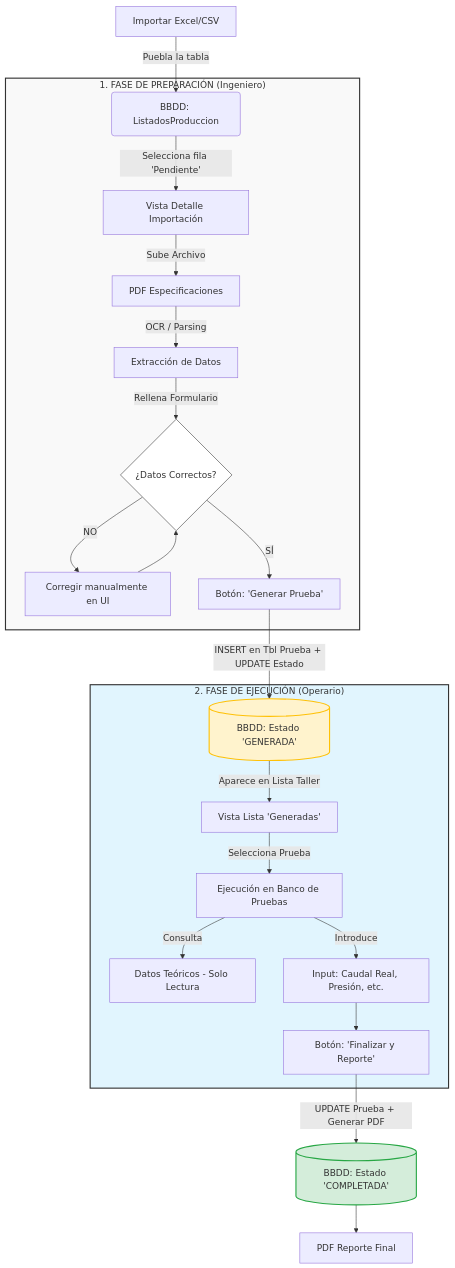
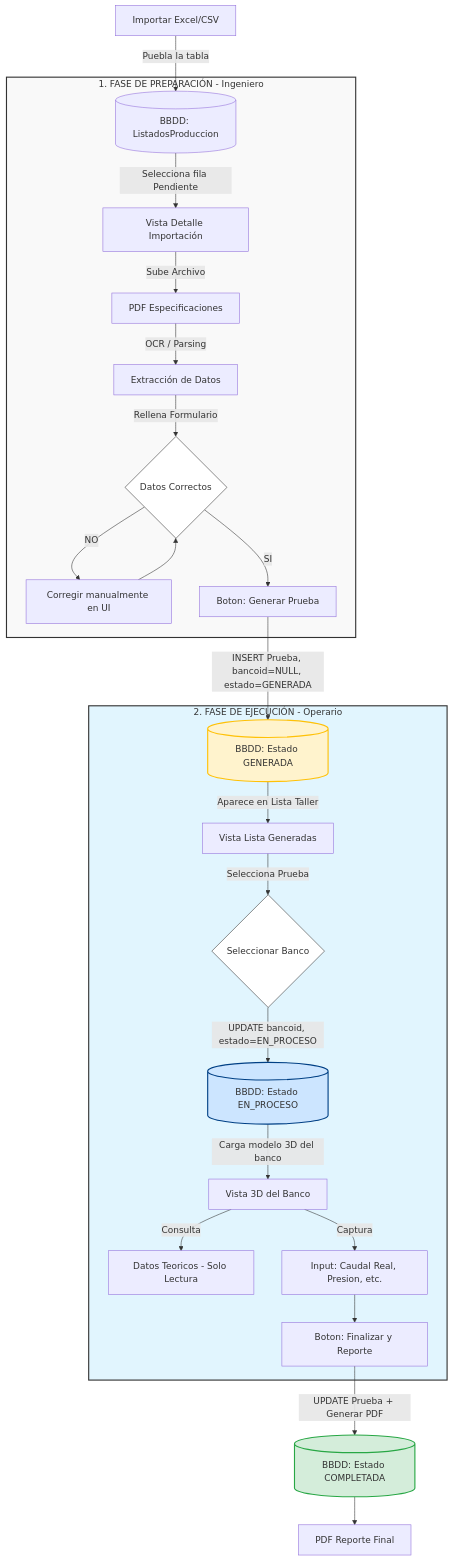
One commit to Dharnon/plc changed the diagram in pump-iot-api/docs/workflow.md. Above: the diagram before and after it, drawn with Mermaid. The commit also changed other lines of this file and 6 other files, not shown here.

````diff
--- a/pump-iot-api/docs/workflow.md
+++ b/pump-iot-api/docs/workflow.md
@@ -7,45 +9,50 @@
 ```mermaid
 flowchart TD
     %% Nodos de Inicio
-    Excel[ Importar Excel/CSV] -->|Puebla la tabla| Listados(BBDD: ListadosProduccion)
+    Excel[Importar Excel/CSV] -->|Puebla la tabla| Listados[(BBDD: ListadosProduccion)]
 
     %% SUBGRAFO 1: INGENIERÍA / OFICINA
-    subgraph OFICINA ["1. FASE DE PREPARACIÓN (Ingeniero)"]
+    subgraph OFICINA ["1. FASE DE PREPARACIÓN - Ingeniero"]
         style OFICINA fill:#f9f9f9,stroke:#333,stroke-width:2px
         
-        Listados -->|Selecciona fila 'Pendiente'| VistaDetalle[ Vista Detalle Importación]
-        VistaDetalle -->|Sube Archivo| PDF[ PDF Especificaciones]
-        PDF -->|OCR / Parsing| Extraccion[ Extracción de Datos]
-        Extraccion -->|Rellena Formulario| Validacion{¿Datos Correctos?}
+        Listados -->|Selecciona fila Pendiente| VistaDetalle[Vista Detalle Importación]
+        VistaDetalle -->|Sube Archivo| PDF[PDF Especificaciones]
+        PDF -->|OCR / Parsing| Extraccion[Extracción de Datos]
+        Extraccion -->|Rellena Formulario| Validacion{Datos Correctos}
         
-        Validacion -- NO --> Correccion[ Corregir manualmente en UI]
+        Validacion -- NO --> Correccion[Corregir manualmente en UI]
         Correccion --> Validacion
         
-        Validacion -- SÍ --> BtnGenerar[Botón: 'Generar Prueba']
+        Validacion -- SI --> BtnGenerar[Boton: Generar Prueba]
     end
 
     %% TRANSICIÓN DE ESTADO
-    BtnGenerar -->|INSERT en Tbl Prueba + UPDATE Estado| DB_Generada[(BBDD: Estado 'GENERADA')]
+    BtnGenerar -->|INSERT Prueba, bancoid=NULL, estado=GENERADA| DB_Generada[(BBDD: Estado GENERADA)]
     
     %% SUBGRAFO 2: TALLER / OPERARIO
-    subgraph TALLER ["2. FASE DE EJECUCIÓN (Operario)"]
+    subgraph TALLER ["2. FASE DE EJECUCIÓN - Operario"]
         style TALLER fill:#e1f5fe,stroke:#333,stroke-width:2px
         
-        DB_Generada -->|Aparece en Lista Taller| VistaOperario[ Vista Lista 'Generadas']
-        VistaOperario -->|Selecciona Prueba| BancoPruebas[ Ejecución en Banco de Pruebas]
+        DB_Generada -->|Aparece en Lista Taller| VistaOperario[Vista Lista Generadas]
+        VistaOperario -->|Selecciona Prueba| SeleccionBanco{Seleccionar Banco}
         
-        BancoPruebas -->|Consulta| DatosTeoricos[Datos Teóricos - Solo Lectura]
-        BancoPruebas -->|Introduce| DatosFaltantes[Input: Caudal Real, Presión, etc.]
+        SeleccionBanco -->|UPDATE bancoid, estado=EN_PROCESO| DB_EnProceso[(BBDD: Estado EN_PROCESO)]
         
-        DatosFaltantes --> BtnFinalizar[Botón: 'Finalizar y Reporte']
+        DB_EnProceso -->|Carga modelo 3D del banco| Vista3D[Vista 3D del Banco]
+        Vista3D -->|Consulta| DatosTeoricos[Datos Teoricos - Solo Lectura]
+        Vista3D -->|Captura| DatosReales[Input: Caudal Real, Presion, etc.]
+        
+        DatosReales --> BtnFinalizar[Boton: Finalizar y Reporte]
     end
 
     %% FIN
-    BtnFinalizar -->|UPDATE Prueba + Generar PDF| DB_Completada[(BBDD: Estado 'COMPLETADA')]
-    DB_Completada --> Reporte[ PDF Reporte Final]
+    BtnFinalizar -->|UPDATE Prueba + Generar PDF| DB_Completada[(BBDD: Estado COMPLETADA)]
+    DB_Completada --> Reporte[PDF Reporte Final]
 
     %% Estilos
     style DB_Generada fill:#fff3cd,stroke:#ffc107,stroke-width:2px
+    style DB_EnProceso fill:#cce5ff,stroke:#004085,stroke-width:2px
     style DB_Completada fill:#d4edda,stroke:#28a745,stroke-width:2px
     style Validacion fill:#fff,stroke:#333
+    style SeleccionBanco fill:#fff,stroke:#333
 ```
````
